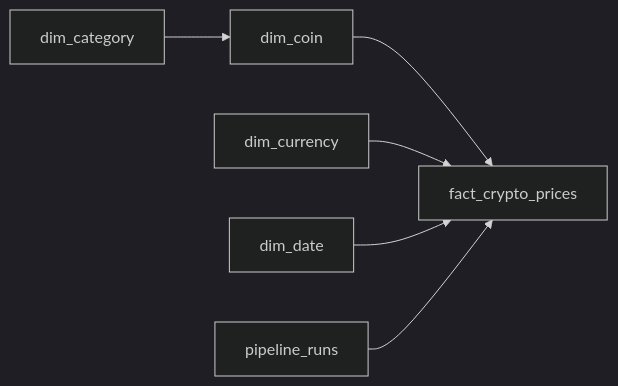
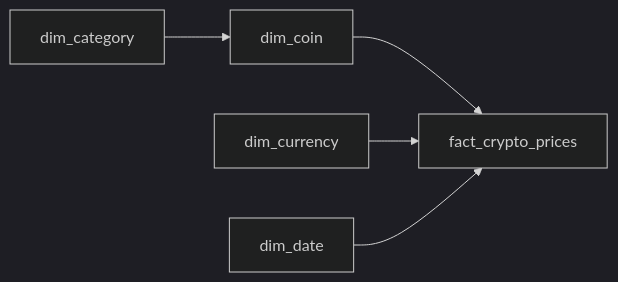
Before and after one commit to JENILKHUNT99/CryptoCurrency_ETL: the second of 2 diagrams in README.md, drawn with Mermaid (dark theme). The commit also changed other lines of this file, not shown here.

First line of the commit message:
docs: rewrite README for the ELT architecture

````diff
--- a/README.md
+++ b/README.md
@@ -46,8 +65,7 @@
 ```mermaid
 flowchart LR
     CATEGORY[dim_category] --> COIN[dim_coin]
     COIN --> FACT[fact_crypto_prices]
     CURRENCY[dim_currency] --> FACT
     DATE[dim_date] --> FACT
-    RUNS[pipeline_runs] --> FACT
 ```
````
